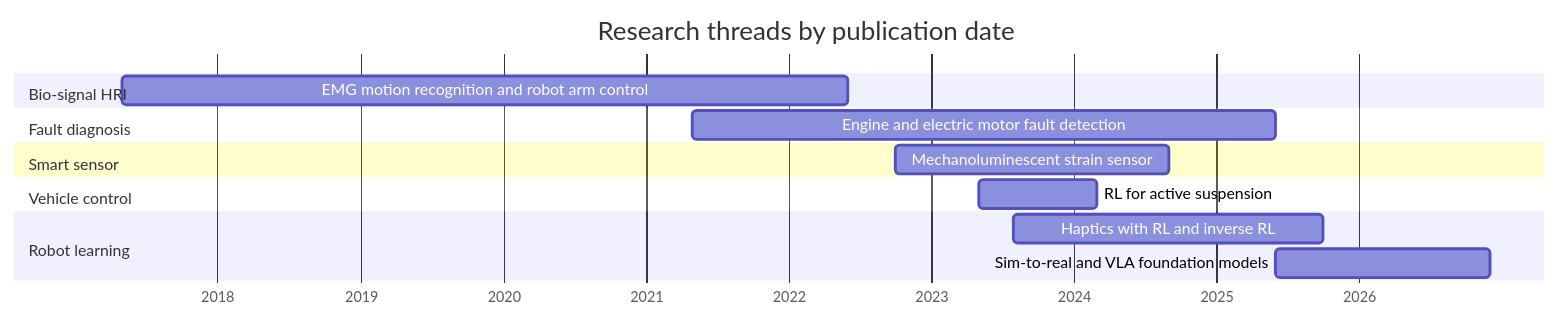
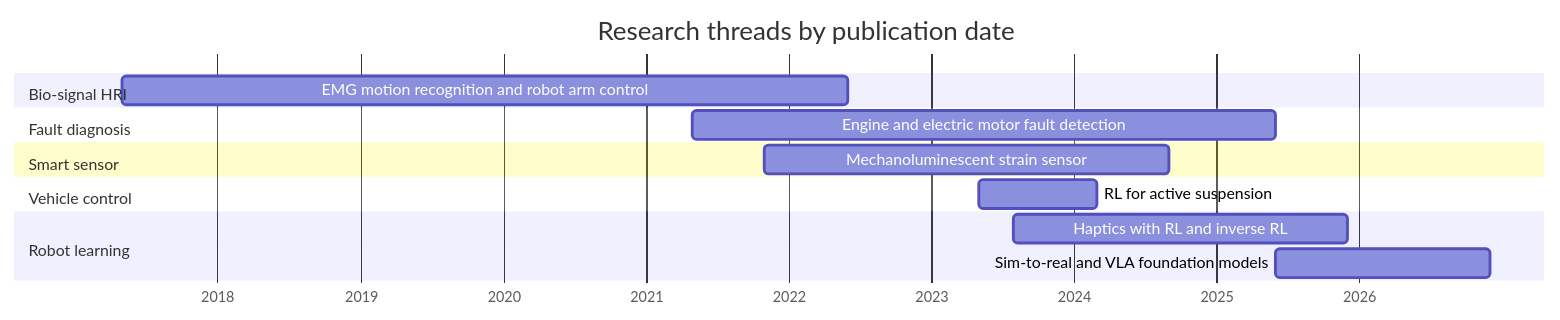
One commit to ydg1021/ydg1021 changed the diagram in README.md. Above: the diagram before and after it, drawn with Mermaid. The commit also changed other lines of this file, not shown here.

````diff
--- a/README.md
+++ b/README.md
@@ -77,18 +77,18 @@
 ```mermaid
 gantt
     title Research threads by publication date
     dateFormat YYYY-MM
     axisFormat %Y
     todayMarker off
     section Bio-signal HRI
     EMG motion recognition and robot arm control :2017-05, 2022-06
     section Fault diagnosis
     Engine and electric motor fault detection :2021-05, 2025-06
     section Smart sensor
-    Mechanoluminescent strain sensor :2022-10, 2024-09
+    Mechanoluminescent strain sensor :2021-11, 2024-09
     section Vehicle control
     RL for active suspension :2023-05, 2024-03
     section Robot learning
-    Haptics with RL and inverse RL :2023-08, 2025-10
+    Haptics with RL and inverse RL :2023-08, 2025-12
     Sim-to-real and VLA foundation models :2025-06, 2026-12
 ```
````
